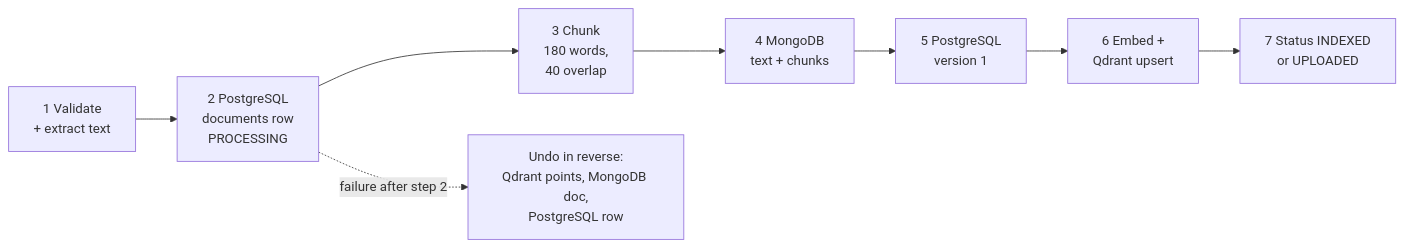
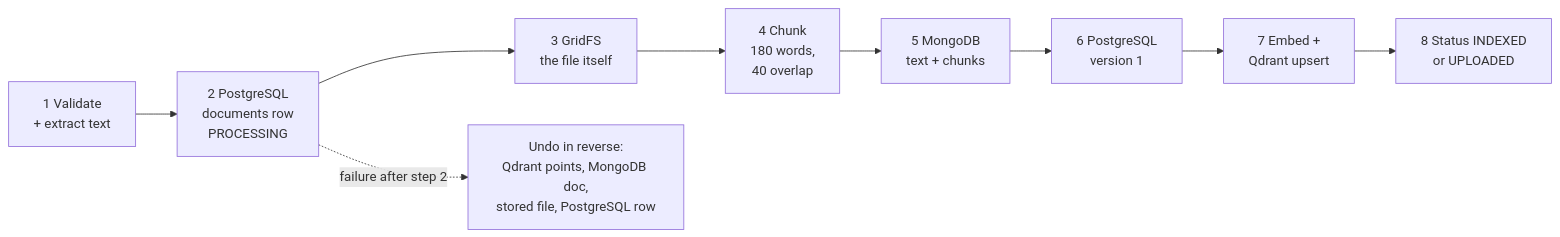
Before and after one commit to SathyaMaragani/Enterprise-Knowledge-Intelligence-Platform: the second of 4 diagrams in docs/database/DBE-DSD.md, drawn with Mermaid. The commit also changed other lines of this file and 43 other files, not shown here.

````diff
--- a/docs/database/DBE-DSD.md
+++ b/docs/database/DBE-DSD.md
@@ -140,10 +140,11 @@
 ```mermaid
 flowchart LR
     A[1 Validate<br/>+ extract text] --> B[2 PostgreSQL<br/>documents row<br/>PROCESSING]
-    B --> C[3 Chunk<br/>180 words,<br/>40 overlap]
-    C --> D[4 MongoDB<br/>text + chunks]
-    D --> E[5 PostgreSQL<br/>version 1]
-    E --> F[6 Embed +<br/>Qdrant upsert]
-    F --> G[7 Status INDEXED<br/>or UPLOADED]
-    B -. failure after step 2 .-> X[Undo in reverse:<br/>Qdrant points, MongoDB doc,<br/>PostgreSQL row]
+    B --> K[3 GridFS<br/>the file itself]
+    K --> C[4 Chunk<br/>180 words,<br/>40 overlap]
+    C --> D[5 MongoDB<br/>text + chunks]
+    D --> E[6 PostgreSQL<br/>version 1]
+    E --> F[7 Embed +<br/>Qdrant upsert]
+    F --> G[8 Status INDEXED<br/>or UPLOADED]
+    B -. failure after step 2 .-> X[Undo in reverse:<br/>Qdrant points, MongoDB doc,<br/>stored file, PostgreSQL row]
 ```
````
